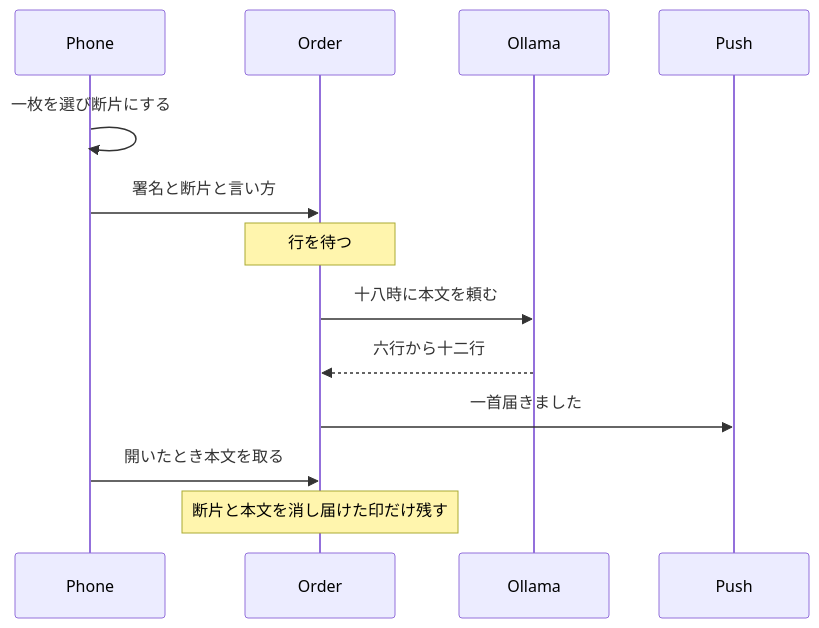
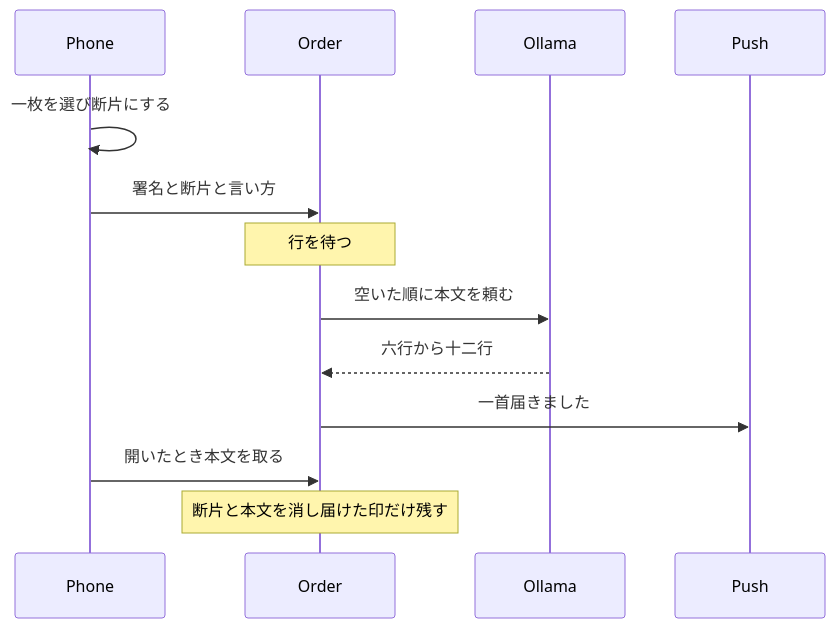
The diagram in docs/photo-pipeline.md (plaodas/representation), drawn with Mermaid before and after one commit. The commit also changed other lines of this file and 9 other files, not shown here.

````diff
--- a/docs/photo-pipeline.md
+++ b/docs/photo-pipeline.md
@@ -9,15 +9,15 @@
 ```mermaid
 sequenceDiagram
   participant Phone
   participant Order
   participant Ollama
   participant Push
   Phone->>Phone: 一枚を選び断片にする
   Phone->>Order: 署名と断片と言い方
   Note over Order: 行を待つ
-  Order->>Ollama: 十八時に本文を頼む
+  Order->>Ollama: 空いた順に本文を頼む
   Ollama-->>Order: 六行から十二行
   Order->>Push: 一首届きました
   Phone->>Order: 開いたとき本文を取る
   Note over Order: 断片と本文を消し届けた印だけ残す
 ```
````
